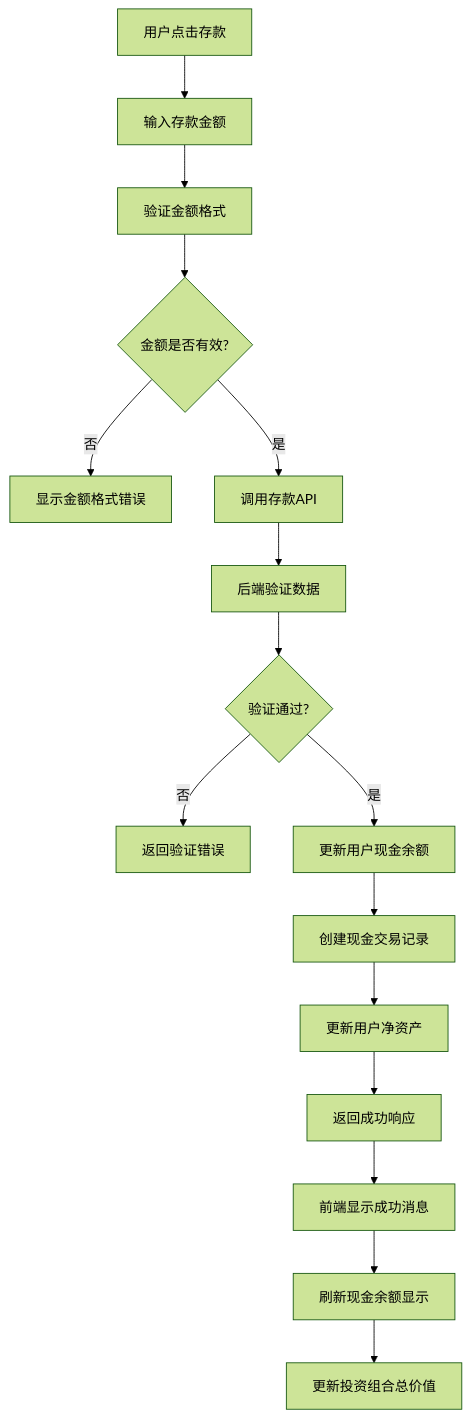
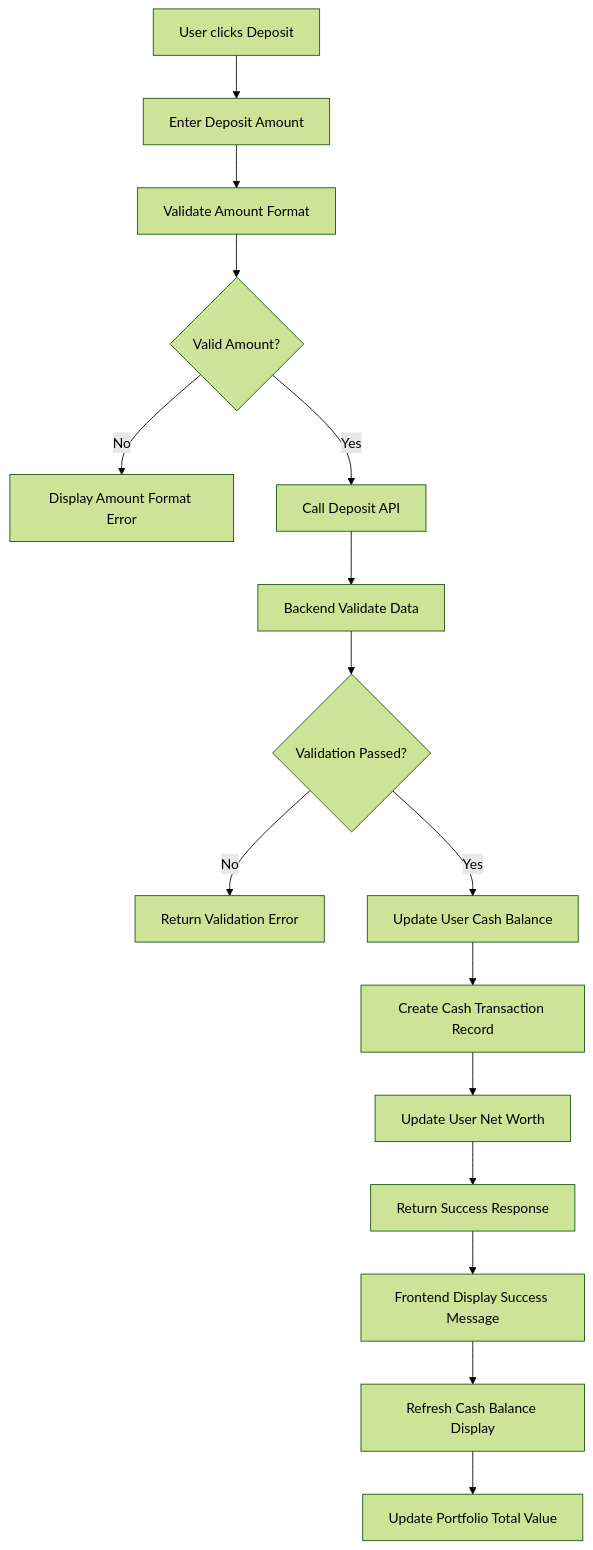
Before and after one commit to CDKStudy/Portfolio_Manager: the fifth of 20 diagrams in FLOWCHARTS.md, drawn with Mermaid (forest theme). The commit also changed other lines of this file, not shown here.

Commit message:
update flowchart

````diff
--- a/FLOWCHARTS.md
+++ b/FLOWCHARTS.md
@@ -139,18 +139,18 @@
 ```mermaid
 flowchart TD
-    A[用户点击存款] --> B[输入存款金额]
-    B --> C[验证金额格式]
-    C --> D{金额是否有效?}
-    D -->|否| E[显示金额格式错误]
-    D -->|是| F[调用存款API]
-    F --> G[后端验证数据]
-    G --> H{验证通过?}
-    H -->|否| I[返回验证错误]
-    H -->|是| J[更新用户现金余额]
-    J --> K[创建现金交易记录]
-    K --> L[更新用户净资产]
-    L --> M[返回成功响应]
-    M --> N[前端显示成功消息]
-    N --> O[刷新现金余额显示]
-    O --> P[更新投资组合总价值]
+    A[User clicks Deposit] --> B[Enter Deposit Amount]
+    B --> C[Validate Amount Format]
+    C --> D{Valid Amount?}
+    D -->|No| E[Display Amount Format Error]
+    D -->|Yes| F[Call Deposit API]
+    F --> G[Backend Validate Data]
+    G --> H{Validation Passed?}
+    H -->|No| I[Return Validation Error]
+    H -->|Yes| J[Update User Cash Balance]
+    J --> K[Create Cash Transaction Record]
+    K --> L[Update User Net Worth]
+    L --> M[Return Success Response]
+    M --> N[Frontend Display Success Message]
+    N --> O[Refresh Cash Balance Display]
+    O --> P[Update Portfolio Total Value]
 ```
````
